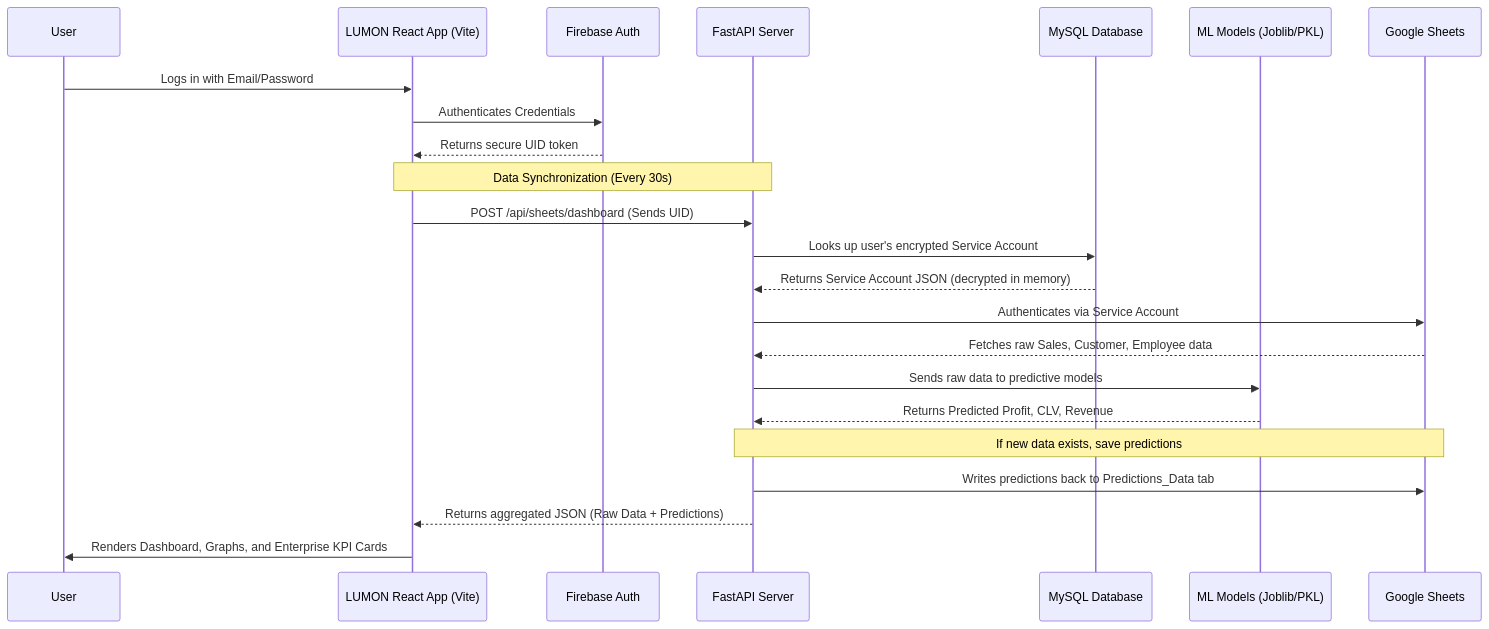
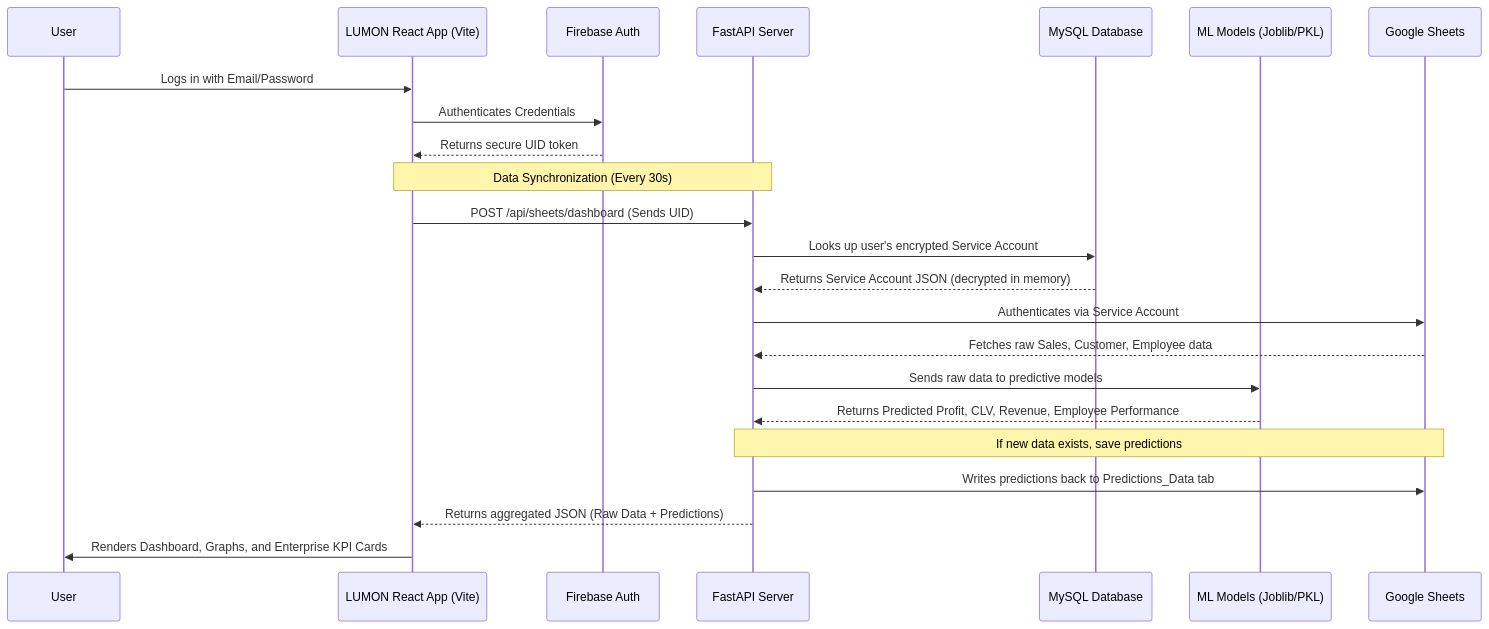
One commit to AlanCrozier/ai-business-management changed the diagram in Lumon/ARCHITECTURE.md. Above: the diagram before and after it, drawn with Mermaid. The commit also changed other lines of this file, not shown here.

Commit message:
docs: align ARCHITECTURE.md with all 4 ML models

````diff
--- a/Lumon/ARCHITECTURE.md
+++ b/Lumon/ARCHITECTURE.md
@@ -7,33 +7,33 @@
 ```mermaid
 sequenceDiagram
     participant User
     participant Frontend as LUMON React App (Vite)
     participant Firebase as Firebase Auth
     participant Backend as FastAPI Server
     participant DB as MySQL Database
     participant ML as ML Models (Joblib/PKL)
     participant Sheets as Google Sheets
 
     User->>Frontend: Logs in with Email/Password
     Frontend->>Firebase: Authenticates Credentials
     Firebase-->>Frontend: Returns secure UID token
 
     Note over Frontend, Backend: Data Synchronization (Every 30s)
     
     Frontend->>Backend: POST /api/sheets/dashboard (Sends UID)
     
     Backend->>DB: Looks up user's encrypted Service Account
     DB-->>Backend: Returns Service Account JSON (decrypted in memory)
     
     Backend->>Sheets: Authenticates via Service Account
     Sheets-->>Backend: Fetches raw Sales, Customer, Employee data
     
     Backend->>ML: Sends raw data to predictive models
-    ML-->>Backend: Returns Predicted Profit, CLV, Revenue
+    ML-->>Backend: Returns Predicted Profit, CLV, Revenue, Employee Performance
 
     Note over Backend, Sheets: If new data exists, save predictions
     Backend->>Sheets: Writes predictions back to Predictions_Data tab
 
     Backend-->>Frontend: Returns aggregated JSON (Raw Data + Predictions)
     Frontend->>User: Renders Dashboard, Graphs, and Enterprise KPI Cards
 ```
````
